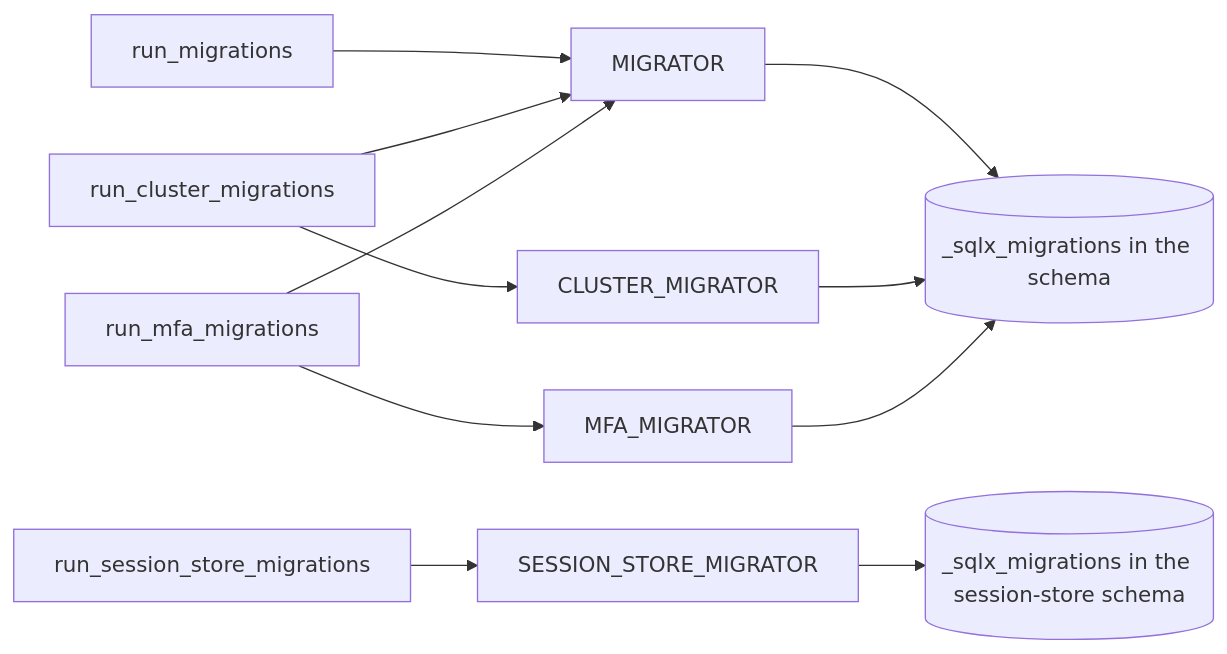
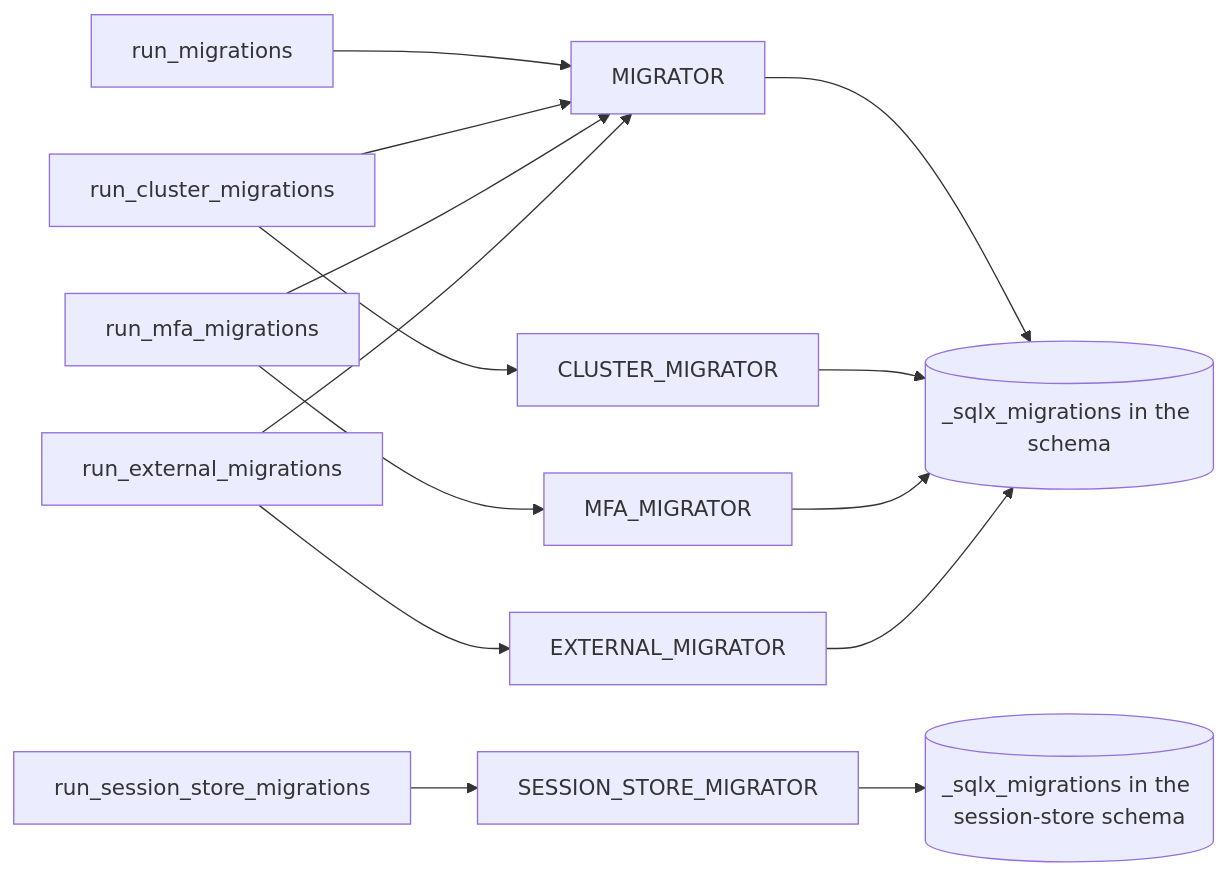
The first of 2 diagrams in adapters/postgres/docs/migrations.md (eugenezimin/auth-lib), drawn with Mermaid before and after one commit. The commit also changed other lines of this file and 19 other files, not shown here.

````diff
--- a/adapters/postgres/docs/migrations.md
+++ b/adapters/postgres/docs/migrations.md
@@ -59,13 +63,16 @@
 ```mermaid
 flowchart LR
     A["run_migrations"] --> M1[MIGRATOR]
     B["run_cluster_migrations"] --> M1
     B --> M2[CLUSTER_MIGRATOR]
     C["run_mfa_migrations"] --> M1
     C --> M3[MFA_MIGRATOR]
+    E["run_external_migrations"] --> M1
+    E --> M5[EXTERNAL_MIGRATOR]
     D["run_session_store_migrations"] --> M4[SESSION_STORE_MIGRATOR]
     M1 --> T[("_sqlx_migrations in the schema")]
     M2 --> T
     M3 --> T
+    M5 --> T
     M4 --> T2[("_sqlx_migrations in the session-store schema")]
 ```
````
